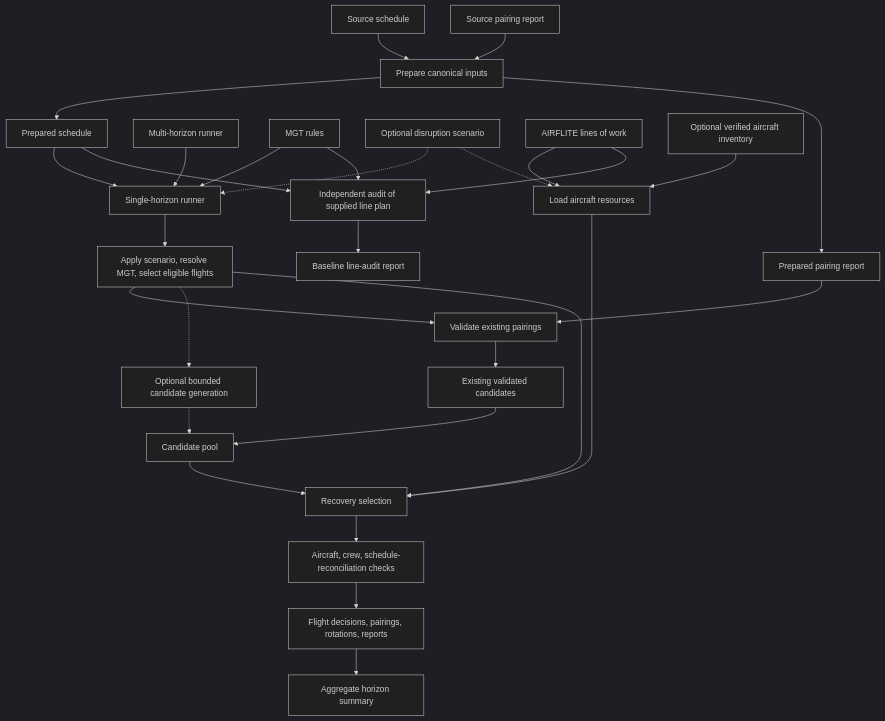
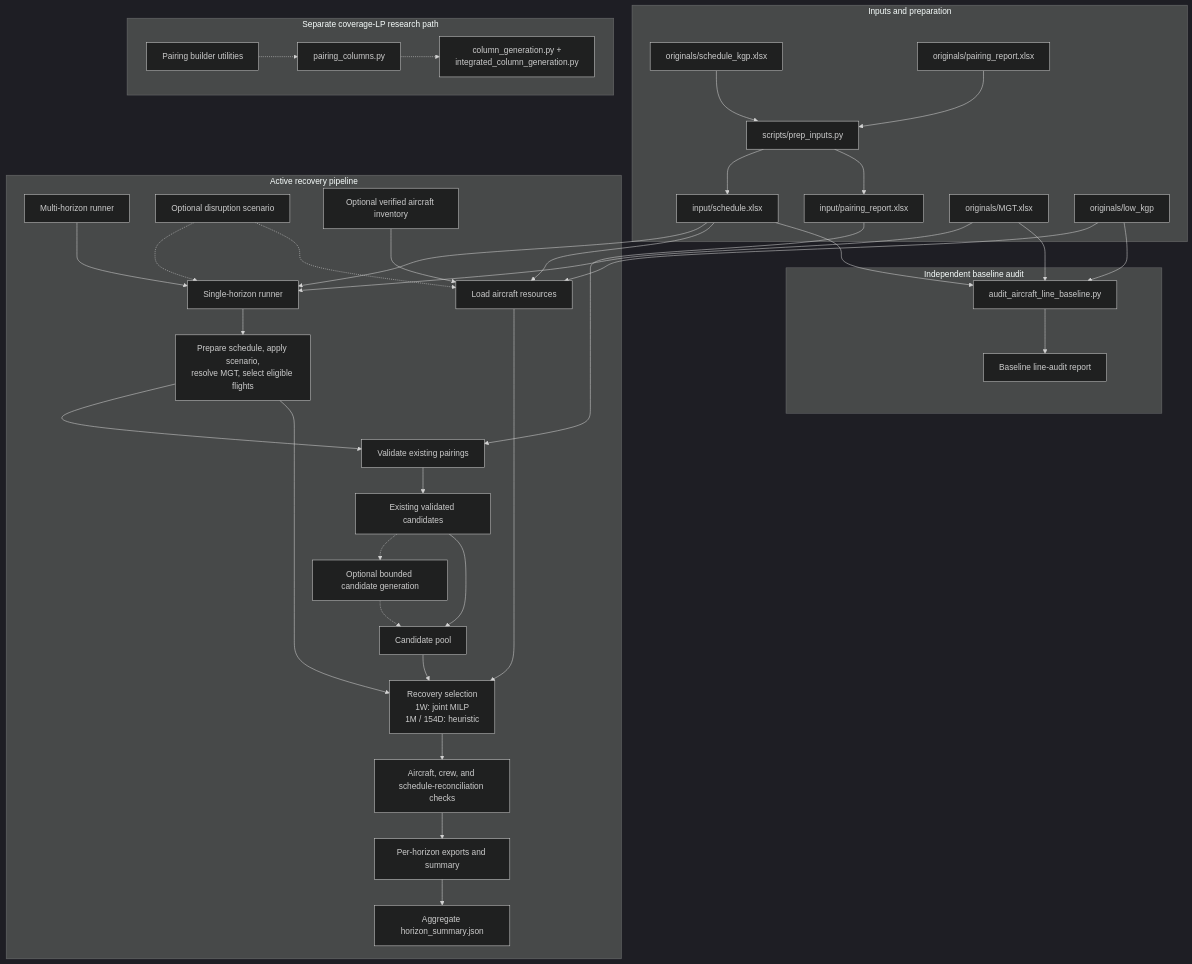
One commit to anjelli/Aircraft-Crew-Recovery changed the diagram in docs/CODEBASE_MAP.md. Above: the diagram before and after it, drawn with Mermaid (dark theme). The commit also changed other lines of this file, not shown here.

Commit message:
Align codebase map with active recovery architecture

````diff
--- a/docs/CODEBASE_MAP.md
+++ b/docs/CODEBASE_MAP.md
@@ -17,35 +17,53 @@
 ```mermaid
 flowchart TD
-    SRC_SCH["Source schedule"] --> PREP["Prepare canonical inputs"]
-    SRC_REP["Source pairing report"] --> PREP
-    PREP --> SCH["Prepared schedule"]
-    PREP --> REP["Prepared pairing report"]
+  subgraph INPUTS["Inputs and preparation"]
+    S0["originals/schedule_kgp.xlsx"] --> PREP["scripts/prep_inputs.py"]
+    P0["originals/pairing_report.xlsx"] --> PREP
+    PREP --> SCH["input/schedule.xlsx"]
+    PREP --> REP["input/pairing_report.xlsx"]
+    RULES["originals/MGT.xlsx"]
+    LINES["originals/low_kgp"]
+  end
 
-    HORIZONS["Multi-horizon runner"] --> RUN["Single-horizon runner"]
-    SCH --> RUN
-    MGT["MGT rules"] --> RUN
-    SCENARIO["Optional disruption scenario"] -.-> RUN
-
-    RUN --> ACTIVE["Apply scenario, resolve MGT, select eligible flights"]
-    ACTIVE --> PAIR_CHECK["Validate existing pairings"]
-    REP --> PAIR_CHECK
-    PAIR_CHECK --> EXISTING["Existing validated candidates"]
-    ACTIVE -.-> PRICER["Optional bounded candidate generation"]
+  subgraph ACTIVE["Active recovery pipeline"]
+    H["Multi-horizon runner"] --> R["Single-horizon runner"]
+    SCH --> R
+    RULES --> R
+    SCENARIO["Optional disruption scenario"] -.-> R
+    R --> ACTIVE_FLIGHTS["Prepare schedule, apply scenario,<br/>resolve MGT, select eligible flights"]
+    ACTIVE_FLIGHTS --> VALIDATE["Validate existing pairings"]
+    REP --> VALIDATE
+    VALIDATE --> EXISTING["Existing validated candidates"]
+    EXISTING -.-> PRICER["Optional bounded candidate generation"]
     EXISTING --> POOL["Candidate pool"]
     PRICER -.-> POOL
 
-    LINES["AIRFLITE lines of work"] --> RESOURCES["Load aircraft resources"]
+    LINES --> RESOURCES["Load aircraft resources"]
+    SCH --> RESOURCES
     INVENTORY["Optional verified aircraft inventory"] --> RESOURCES
     SCENARIO -.-> RESOURCES
-    ACTIVE --> SOLVE["Recovery selection"]
+    ACTIVE_FLIGHTS --> SOLVE["Recovery selection<br/>1W: joint MILP<br/>1M / 154D: heuristic"]
     POOL --> SOLVE
     RESOURCES --> SOLVE
-    SOLVE --> CHECKS["Aircraft, crew, schedule-reconciliation checks"]
-    CHECKS --> OUTPUTS["Flight decisions, pairings, rotations, reports"]
-    OUTPUTS --> AGG["Aggregate horizon summary"]
+    SOLVE --> CHECKS["Aircraft, crew, and schedule-reconciliation checks"]
+    CHECKS --> OUTPUTS["Per-horizon exports and summary"]
+    OUTPUTS --> AGG["Aggregate horizon_summary.json"]
+  end
 
-    SCH --> AUDIT["Independent audit of supplied line plan"]
-    MGT --> AUDIT
-    LINES --> AUDIT
-    AUDIT --> AUDIT_RESULT["Baseline line-audit report"]
+  subgraph AUDIT["Independent baseline audit"]
+    BASE_AUDIT["audit_aircraft_line_baseline.py"]
+    AUDIT_OUT["Baseline line-audit report"]
+    SCH --> BASE_AUDIT
+    RULES --> BASE_AUDIT
+    LINES --> BASE_AUDIT
+    BASE_AUDIT --> AUDIT_OUT
+  end
+
+  subgraph RESEARCH["Separate coverage-LP research path"]
+    BUILDER["Pairing builder utilities"]
+    ADAPTER["pairing_columns.py"]
+    CG["column_generation.py +<br/>integrated_column_generation.py"]
+    BUILDER -.-> ADAPTER
+    ADAPTER -.-> CG
+  end
 ```
````
